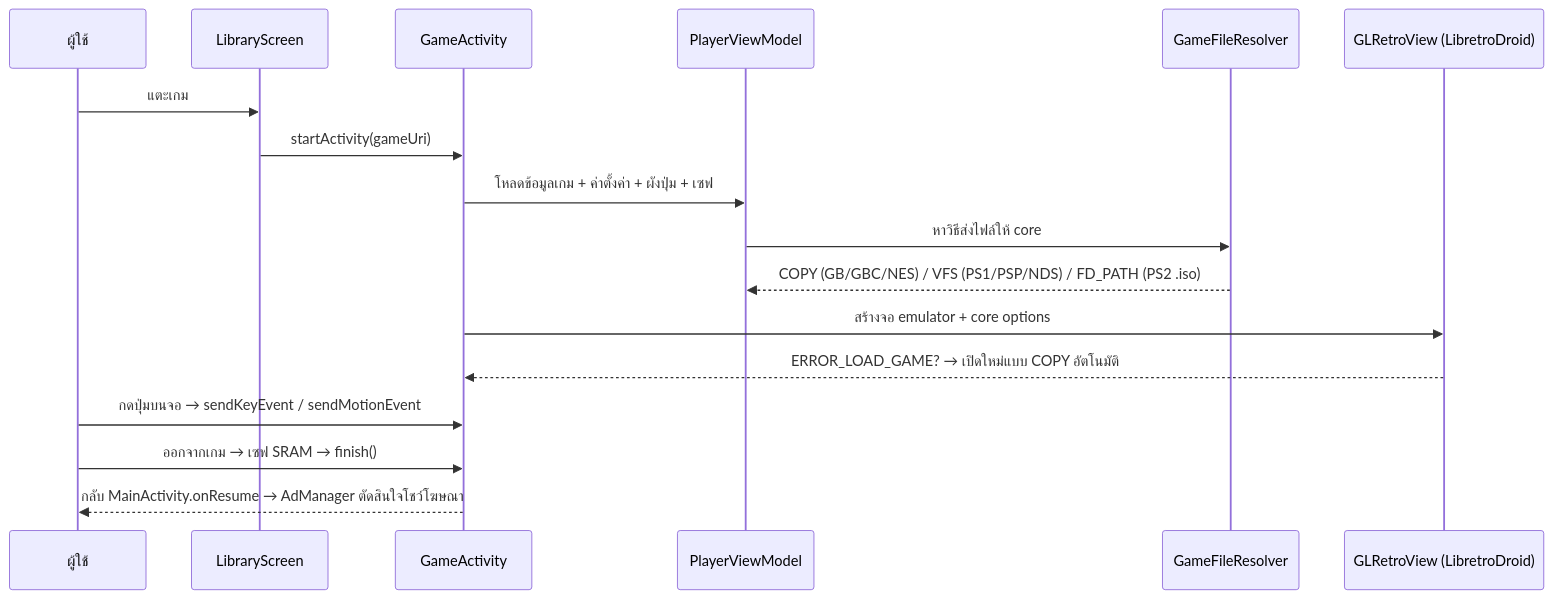
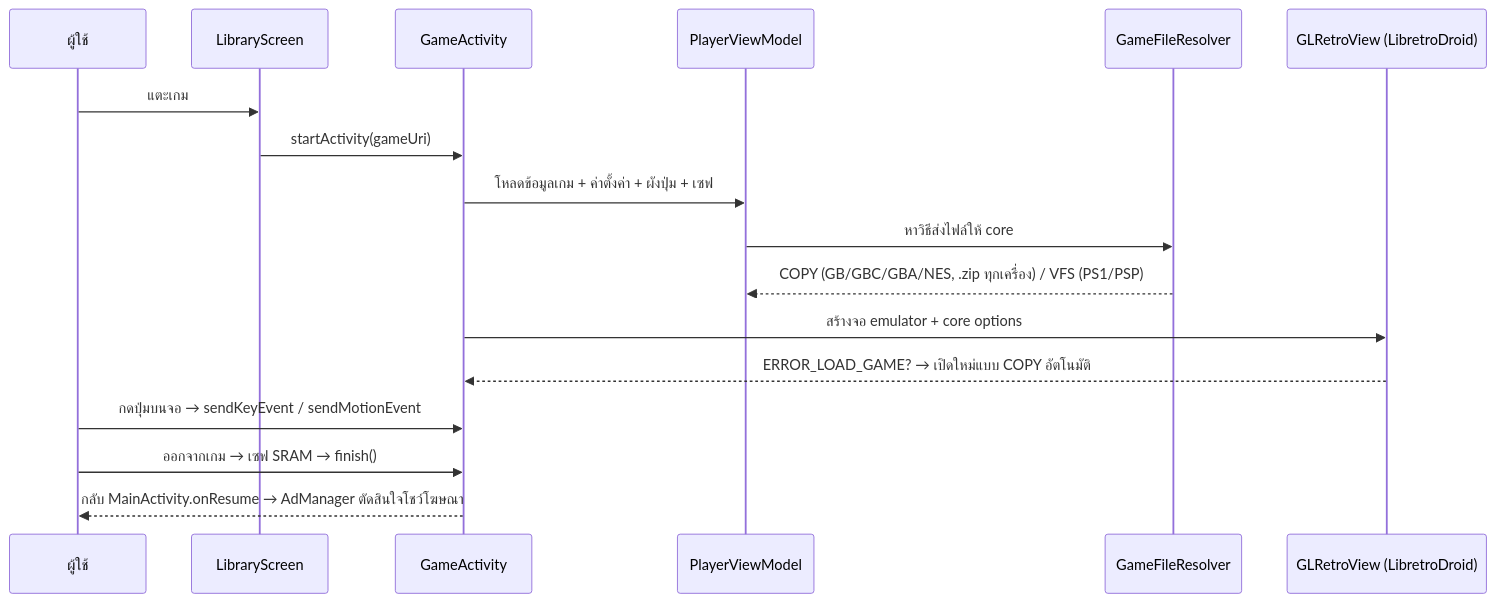
The second of 2 diagrams in docs/ARCHITECTURE.md (th-chirat/Emu-X), drawn with Mermaid before and after one commit. The commit also changed other lines of this file and 61 other files, not shown here.

First line of the commit message:
Rounds 1-3: GBA, covers, TH/EN, tutorial, glass in-game menu; drop PS2/NDS

````diff
--- a/docs/ARCHITECTURE.md
+++ b/docs/ARCHITECTURE.md
@@ -54,20 +57,20 @@
 ```mermaid
 sequenceDiagram
     participant U as ผู้ใช้
     participant L as LibraryScreen
     participant A as GameActivity
     participant VM as PlayerViewModel
     participant R as GameFileResolver
     participant G as GLRetroView (LibretroDroid)
 
     U->>L: แตะเกม
     L->>A: startActivity(gameUri)
     A->>VM: โหลดข้อมูลเกม + ค่าตั้งค่า + ผังปุ่ม + เซฟ
     VM->>R: หาวิธีส่งไฟล์ให้ core
-    R-->>VM: COPY (GB/GBC/NES) / VFS (PS1/PSP/NDS) / FD_PATH (PS2 .iso)
+    R-->>VM: COPY (GB/GBC/GBA/NES, .zip ทุกเครื่อง) / VFS (PS1/PSP)
     A->>G: สร้างจอ emulator + core options
     G-->>A: ERROR_LOAD_GAME? → เปิดใหม่แบบ COPY อัตโนมัติ
     U->>A: กดปุ่มบนจอ → sendKeyEvent / sendMotionEvent
     U->>A: ออกจากเกม → เซฟ SRAM → finish()
     A-->>U: กลับ MainActivity.onResume → AdManager ตัดสินใจโชว์โฆษณา
 ```
````
